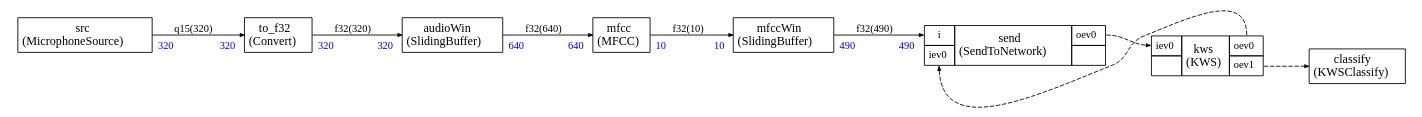
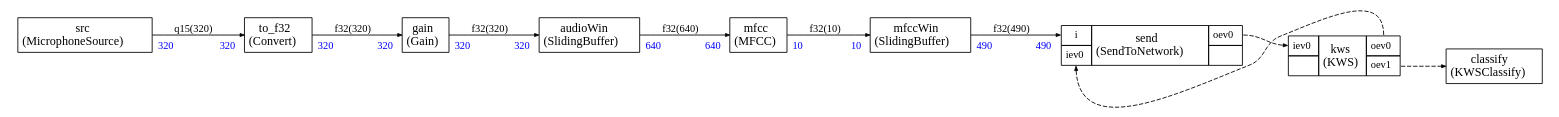
The diagram in runner_common/app_graph/app.dot (christophe0606/CMSIS-Stream-Nodes), drawn with Graphviz before and after one commit. The commit also changed 17 other files, not shown here.

```diff
--- a/runner_common/app_graph/app.dot
+++ b/runner_common/app_graph/app.dot
@@ -1,132 +1,145 @@
 
 
 
 
 
 
 digraph structs {
     bgcolor = "white"
     node [shape=plaintext,color="black",fontcolor="black",fontname="Times-Roman"]
     rankdir=LR
     edge [arrowsize="0.5",color="black",fontcolor="black",fontname="Times-Roman"]
 
 
 audioWin [label=<
 <TABLE color="black" bgcolor="none" BORDER="0" CELLBORDER="1" CELLSPACING="0" CELLPADDING="4">
   <TR>
     <TD ALIGN="CENTER" PORT="i"><FONT COLOR="black" POINT-SIZE="14.0">audioWin<BR/>(SlidingBuffer)</FONT></TD>
+  </TR>
+</TABLE>>];
+
+gain [label=<
+<TABLE color="black" bgcolor="none" BORDER="0" CELLBORDER="1" CELLSPACING="0" CELLPADDING="4">
+  <TR>
+    <TD ALIGN="CENTER" PORT="i"><FONT COLOR="black" POINT-SIZE="14.0">gain<BR/>(Gain)</FONT></TD>
   </TR>
 </TABLE>>];
 
 mfcc [label=<
 <TABLE color="black" bgcolor="none" BORDER="0" CELLBORDER="1" CELLSPACING="0" CELLPADDING="4">
   <TR>
     <TD ALIGN="CENTER" PORT="i"><FONT COLOR="black" POINT-SIZE="14.0">mfcc<BR/>(MFCC)</FONT></TD>
   </TR>
 </TABLE>>];
 
 mfccWin [label=<
 <TABLE color="black" bgcolor="none" BORDER="0" CELLBORDER="1" CELLSPACING="0" CELLPADDING="4">
   <TR>
     <TD ALIGN="CENTER" PORT="i"><FONT COLOR="black" POINT-SIZE="14.0">mfccWin<BR/>(SlidingBuffer)</FONT></TD>
   </TR>
 </TABLE>>];
 
 
 send [label=<
 <TABLE color="black" bgcolor="none" BORDER="0" CELLBORDER="1" CELLSPACING="0" CELLPADDING="4">
   <TR>
     <TD PORT="i"><FONT POINT-SIZE="12.0" COLOR="black">i</FONT></TD>
     <TD ALIGN="CENTER" ROWSPAN="2"><FONT COLOR="black" POINT-SIZE="14.0">send<BR/>(SendToNetwork)</FONT></TD>
     <TD PORT="oev0"><FONT POINT-SIZE="12.0" COLOR="black">oev0</FONT></TD>
   </TR>
 <TR>
 <TD PORT="iev0"><FONT POINT-SIZE="12.0" COLOR="black">iev0</FONT></TD>
 
  
 <TD></TD></TR>
 
 </TABLE>>];
 
 src [label=<
 <TABLE color="black" bgcolor="none" BORDER="0" CELLBORDER="1" CELLSPACING="0" CELLPADDING="4">
   <TR>
     <TD ALIGN="CENTER" PORT="i"><FONT COLOR="black" POINT-SIZE="14.0">src<BR/>(MicrophoneSource)</FONT></TD>
   </TR>
 </TABLE>>];
 
 to_f32 [label=<
 <TABLE color="black" bgcolor="none" BORDER="0" CELLBORDER="1" CELLSPACING="0" CELLPADDING="4">
   <TR>
     <TD ALIGN="CENTER" PORT="i"><FONT COLOR="black" POINT-SIZE="14.0">to_f32<BR/>(Convert)</FONT></TD>
   </TR>
 </TABLE>>];
 
 classify [label=<
 <TABLE color="black" bgcolor="none" BORDER="0" CELLBORDER="1" CELLSPACING="0" CELLPADDING="4">
   <TR>
     <TD ALIGN="CENTER" PORT="i"><FONT COLOR="black" POINT-SIZE="14.0">classify<BR/>(KWSClassify)</FONT></TD>
   </TR>
 </TABLE>>];
 
 
 kws [label=<
 <TABLE color="black" bgcolor="none" BORDER="0" CELLBORDER="1" CELLSPACING="0" CELLPADDING="4">
   <TR>
     <TD PORT="iev0"><FONT POINT-SIZE="12.0" COLOR="black">iev0</FONT></TD>
     <TD ALIGN="CENTER" ROWSPAN="2"><FONT COLOR="black" POINT-SIZE="14.0">kws<BR/>(KWS)</FONT></TD>
     <TD PORT="oev0"><FONT POINT-SIZE="12.0" COLOR="black">oev0</FONT></TD>
   </TR>
 <TR>
  
 <TD></TD>
 <TD PORT="oev1"><FONT POINT-SIZE="12.0" COLOR="black">oev1</FONT></TD>
 </TR>
 
 </TABLE>>];
 
 
 
 src:i -> to_f32:i [style="solid",color="black",fontsize="12.0",fontcolor="black",label=<q15(320)>
 ,headlabel=<<TABLE BORDER="0" CELLPADDING="4"><TR><TD><FONT COLOR="blue" POINT-SIZE="12.0" >320</FONT>
 </TD></TR></TABLE>>
 ,taillabel=<<TABLE BORDER="0" CELLPADDING="4"><TR><TD><FONT COLOR="blue" POINT-SIZE="12.0" >320</FONT>
 </TD></TR></TABLE>>]
 
-to_f32:i -> audioWin:i [style="solid",color="black",fontsize="12.0",fontcolor="black",label=<f32(320)>
+to_f32:i -> gain:i [style="solid",color="black",fontsize="12.0",fontcolor="black",label=<f32(320)>
+,headlabel=<<TABLE BORDER="0" CELLPADDING="4"><TR><TD><FONT COLOR="blue" POINT-SIZE="12.0" >320</FONT>
+</TD></TR></TABLE>>
+,taillabel=<<TABLE BORDER="0" CELLPADDING="4"><TR><TD><FONT COLOR="blue" POINT-SIZE="12.0" >320</FONT>
+</TD></TR></TABLE>>]
+
+gain:i -> audioWin:i [style="solid",color="black",fontsize="12.0",fontcolor="black",label=<f32(320)>
 ,headlabel=<<TABLE BORDER="0" CELLPADDING="4"><TR><TD><FONT COLOR="blue" POINT-SIZE="12.0" >320</FONT>
 </TD></TR></TABLE>>
 ,taillabel=<<TABLE BORDER="0" CELLPADDING="4"><TR><TD><FONT COLOR="blue" POINT-SIZE="12.0" >320</FONT>
 </TD></TR></TABLE>>]
 
 audioWin:i -> mfcc:i [style="solid",color="black",fontsize="12.0",fontcolor="black",label=<f32(640)>
 ,headlabel=<<TABLE BORDER="0" CELLPADDING="4"><TR><TD><FONT COLOR="blue" POINT-SIZE="12.0" >640</FONT>
 </TD></TR></TABLE>>
 ,taillabel=<<TABLE BORDER="0" CELLPADDING="4"><TR><TD><FONT COLOR="blue" POINT-SIZE="12.0" >640</FONT>
 </TD></TR></TABLE>>]
 
 mfcc:i -> mfccWin:i [style="solid",color="black",fontsize="12.0",fontcolor="black",label=<f32(10)>
 ,headlabel=<<TABLE BORDER="0" CELLPADDING="4"><TR><TD><FONT COLOR="blue" POINT-SIZE="12.0" >10</FONT>
 </TD></TR></TABLE>>
 ,taillabel=<<TABLE BORDER="0" CELLPADDING="4"><TR><TD><FONT COLOR="blue" POINT-SIZE="12.0" >10</FONT>
 </TD></TR></TABLE>>]
 
 mfccWin:i -> send:i [style="solid",color="black",fontsize="12.0",fontcolor="black",label=<f32(490)>
 ,headlabel=<<TABLE BORDER="0" CELLPADDING="4"><TR><TD><FONT COLOR="blue" POINT-SIZE="12.0" >490</FONT>
 </TD></TR></TABLE>>
 ,taillabel=<<TABLE BORDER="0" CELLPADDING="4"><TR><TD><FONT COLOR="blue" POINT-SIZE="12.0" >490</FONT>
 </TD></TR></TABLE>>]
 
 
 
 send:oev0 -> kws:iev0 [style="dashed",color="black",fontsize="12.0",fontcolor="black",label=<>
 
 ]
 kws:oev0 -> send:iev0 [style="dashed",color="black",fontsize="12.0",fontcolor="black",label=<>
 
 ]
 kws:oev1 -> classify:i [style="dashed",color="black",fontsize="12.0",fontcolor="black",label=<>
 
 ]
 
 }
```
